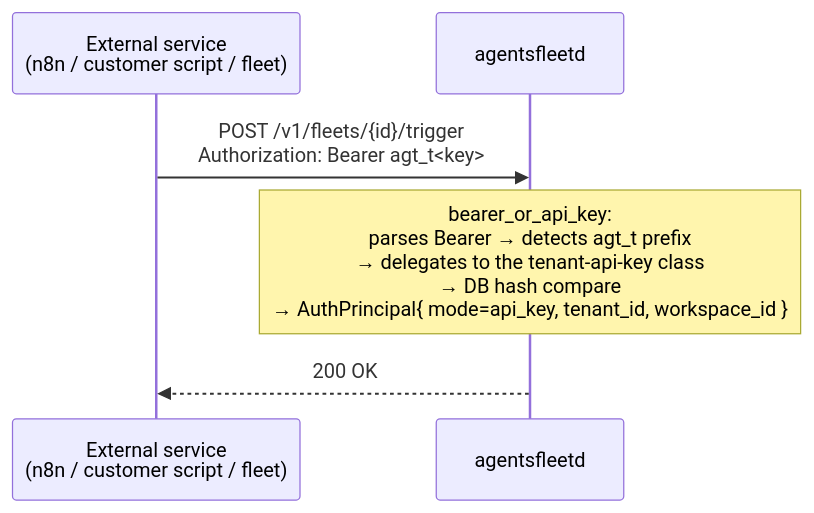
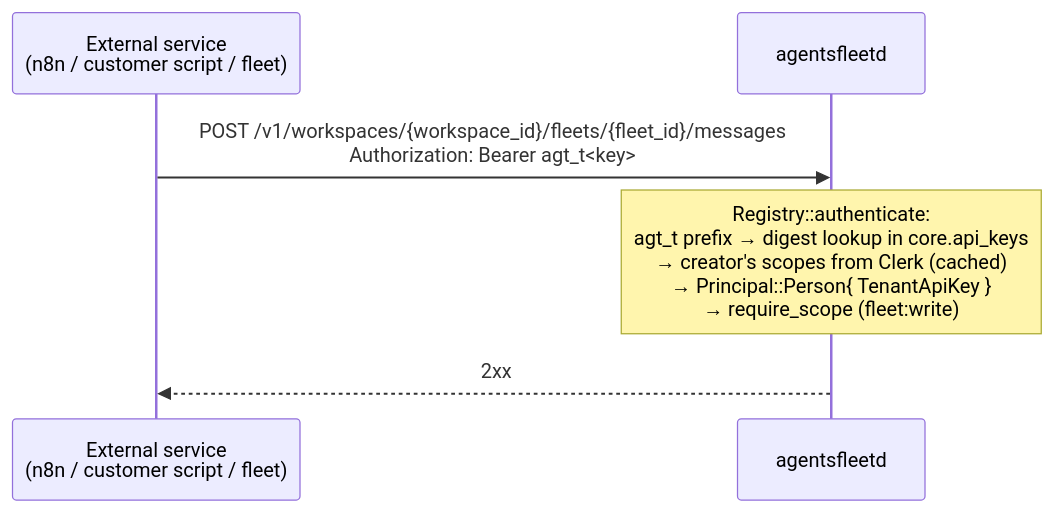
The fifth of 6 diagrams in docs/AUTH.md (agentsfleet/agentsfleet), drawn with Mermaid before and after one commit. The commit also changed other lines of this file and 32 other files, not shown here.

````diff
--- a/docs/AUTH.md
+++ b/docs/AUTH.md
@@ -654,9 +650,9 @@
 ```mermaid
 sequenceDiagram
     participant Service as External service<br/>(n8n / customer script / fleet)
     participant API as agentsfleetd
 
-    Service->>API: POST /v1/fleets/{id}/trigger<br/>Authorization: Bearer agt_t<key>
-    Note over API: bearer_or_api_key:<br/>parses Bearer → detects agt_t prefix<br/>→ delegates to the tenant-api-key class<br/>→ DB hash compare<br/>→ AuthPrincipal{ mode=api_key, tenant_id, workspace_id }
-    API-->>Service: 200 OK
+    Service->>API: POST /v1/workspaces/{workspace_id}/fleets/{fleet_id}/messages<br/>Authorization: Bearer agt_t<key>
+    Note over API: Registry::authenticate:<br/>agt_t prefix → digest lookup in core.api_keys<br/>→ creator's scopes from Clerk (cached)<br/>→ Principal::Person{ TenantApiKey }<br/>→ require_scope (fleet:write)
+    API-->>Service: 2xx
 ```
````
